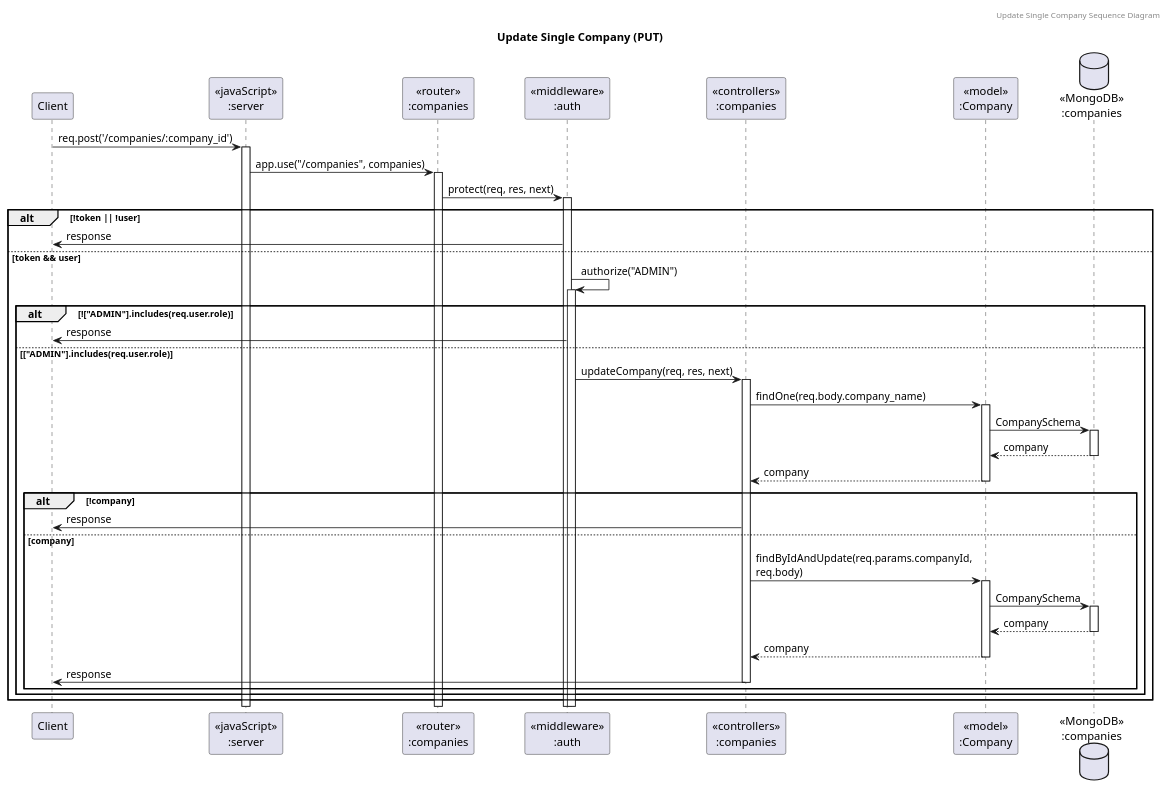
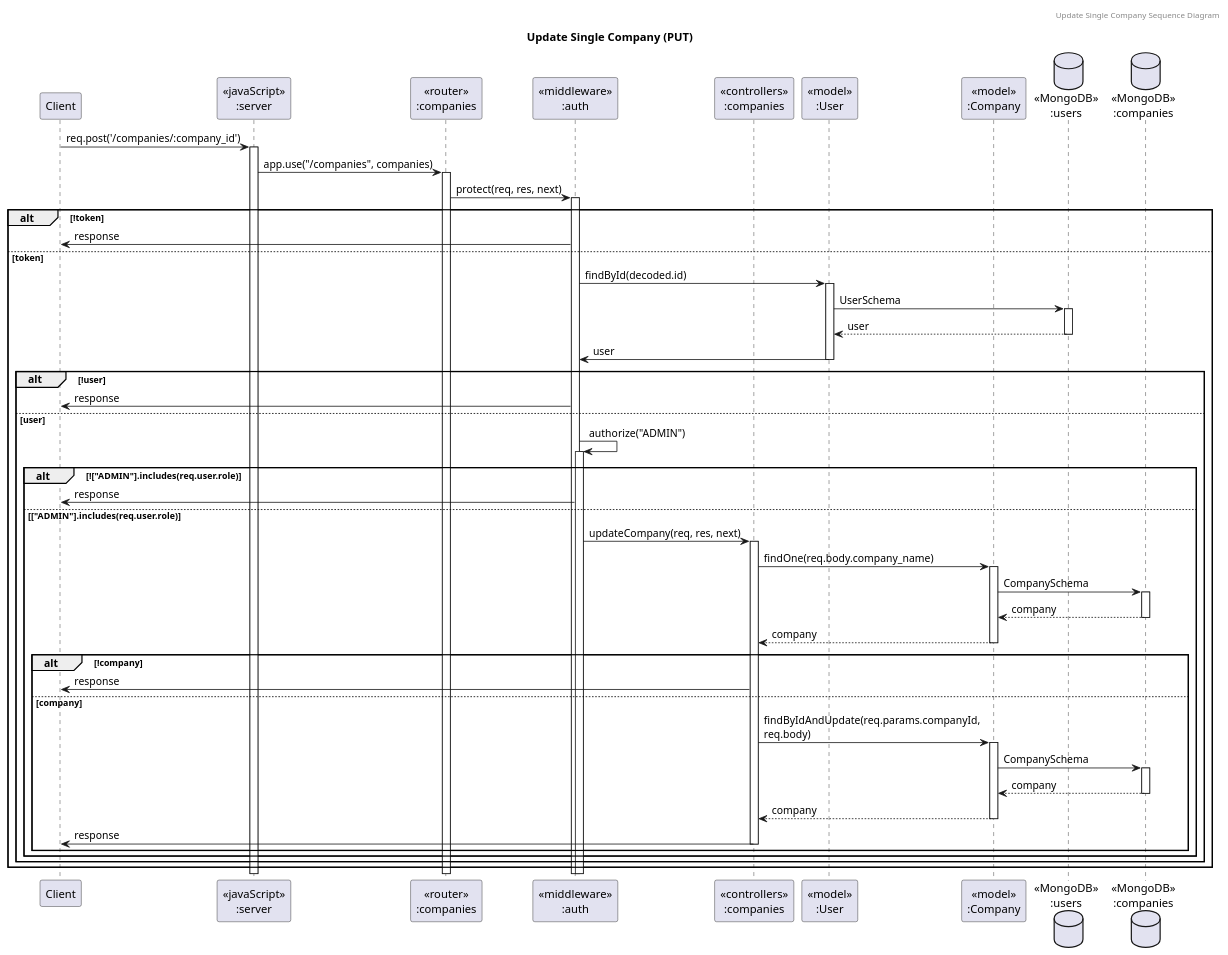
Before and after one commit to its144prelationship-study/swdevprac-project: the diagram in diagrams/sequence_diagram/company/update_single_company.puml, drawn with PlantUML. The commit also changed 30 other files, not shown here.

Commit message:
fix: fix middleware sequence diagram

```diff
--- a/diagrams/sequence_diagram/company/update_single_company.puml
+++ b/diagrams/sequence_diagram/company/update_single_company.puml
@@ -1,41 +1,51 @@
 @startuml Update Single Company (PUT)
 
 header Update Single Company Sequence Diagram
 title "Update Single Company (PUT)"
 
 participant "Client" as client
 participant "<<javaScript>>\n:server" as server
 participant "<<router>>\n:companies" as routerCompanies
 participant "<<middleware>>\n:auth" as authMiddleware
 participant "<<controllers>>\n:companies" as controllersCompanies
+participant "<<model>>\n:User" as modelUser
 participant "<<model>>\n:Company" as modelCompanies
+database "<<MongoDB>>\n:users" as UsersDatabase
 database "<<MongoDB>>\n:companies" as CompaniesDatabase
 
 client -> server ++:req.post('/companies/:company_id')
 server -> routerCompanies ++:app.use("/companies", companies)
 routerCompanies -> authMiddleware ++:protect(req, res, next)
-alt !token || !user
+alt !token 
     authMiddleware -> client :response
-else token && user
-    authMiddleware -> authMiddleware ++:authorize("ADMIN")
-    alt !["ADMIN"].includes(req.user.role)
+else token
+    authMiddleware -> modelUser ++:findById(decoded.id)
+    modelUser -> UsersDatabase ++: UserSchema
+    UsersDatabase --> modelUser --: user
+    modelUser -> authMiddleware --: user
+    alt !user
         authMiddleware -> client :response
-    else ["ADMIN"].includes(req.user.role)
-        authMiddleware -> controllersCompanies ++:updateCompany(req, res, next)
-        controllersCompanies -> modelCompanies ++:findOne(req.body.company_name)
-        modelCompanies -> CompaniesDatabase ++: CompanySchema
-        CompaniesDatabase --> modelCompanies --: company
-        controllersCompanies <-- modelCompanies --: company
-        alt !company
-            controllersCompanies -> client : response
-        else company
-            controllersCompanies -> modelCompanies ++:findByIdAndUpdate(req.params.companyId,\nreq.body)
+    else user
+        authMiddleware -> authMiddleware ++:authorize("ADMIN")
+        alt !["ADMIN"].includes(req.user.role)
+            authMiddleware -> client :response
+        else ["ADMIN"].includes(req.user.role)
+            authMiddleware -> controllersCompanies ++:updateCompany(req, res, next)
+            controllersCompanies -> modelCompanies ++:findOne(req.body.company_name)
             modelCompanies -> CompaniesDatabase ++: CompanySchema
             CompaniesDatabase --> modelCompanies --: company
             controllersCompanies <-- modelCompanies --: company
-            controllersCompanies -> client --: response
+            alt !company
+                controllersCompanies -> client : response
+            else company
+                controllersCompanies -> modelCompanies ++:findByIdAndUpdate(req.params.companyId,\nreq.body)
+                modelCompanies -> CompaniesDatabase ++: CompanySchema
+                CompaniesDatabase --> modelCompanies --: company
+                controllersCompanies <-- modelCompanies --: company
+                controllersCompanies -> client --: response
+            end
         end
     end
 end
 
 @enduml
```
